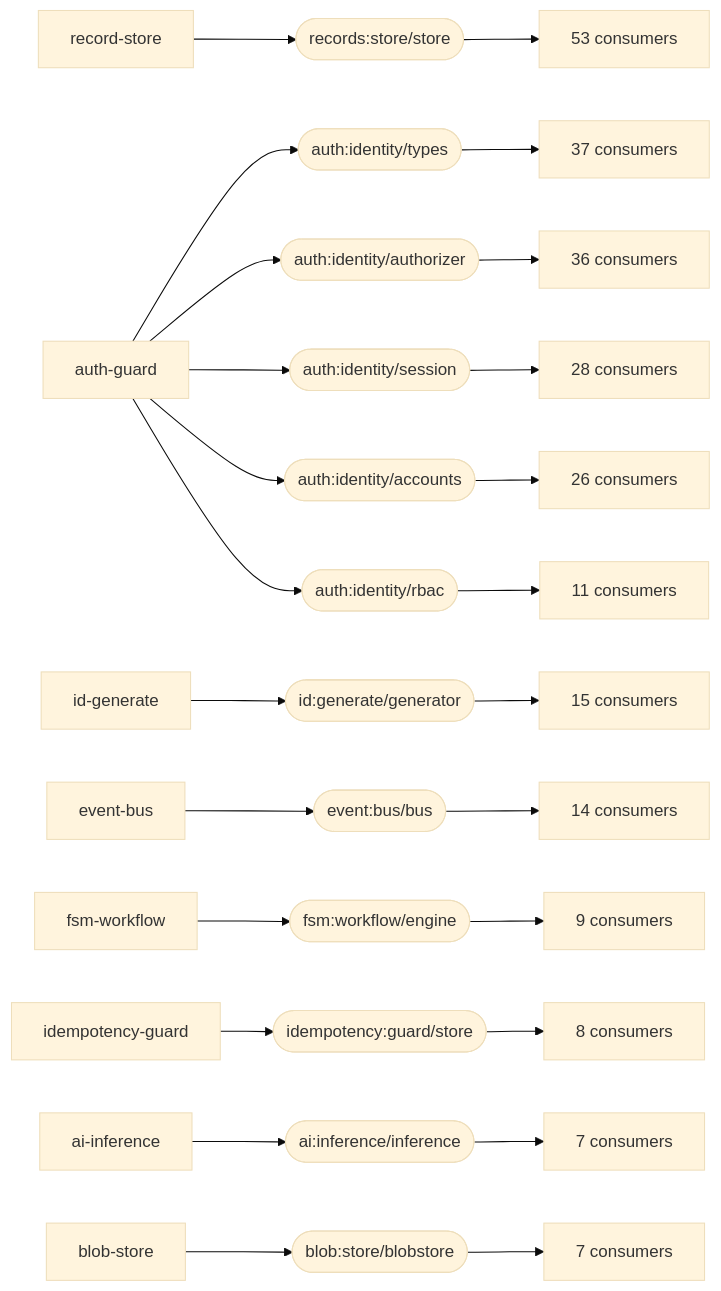
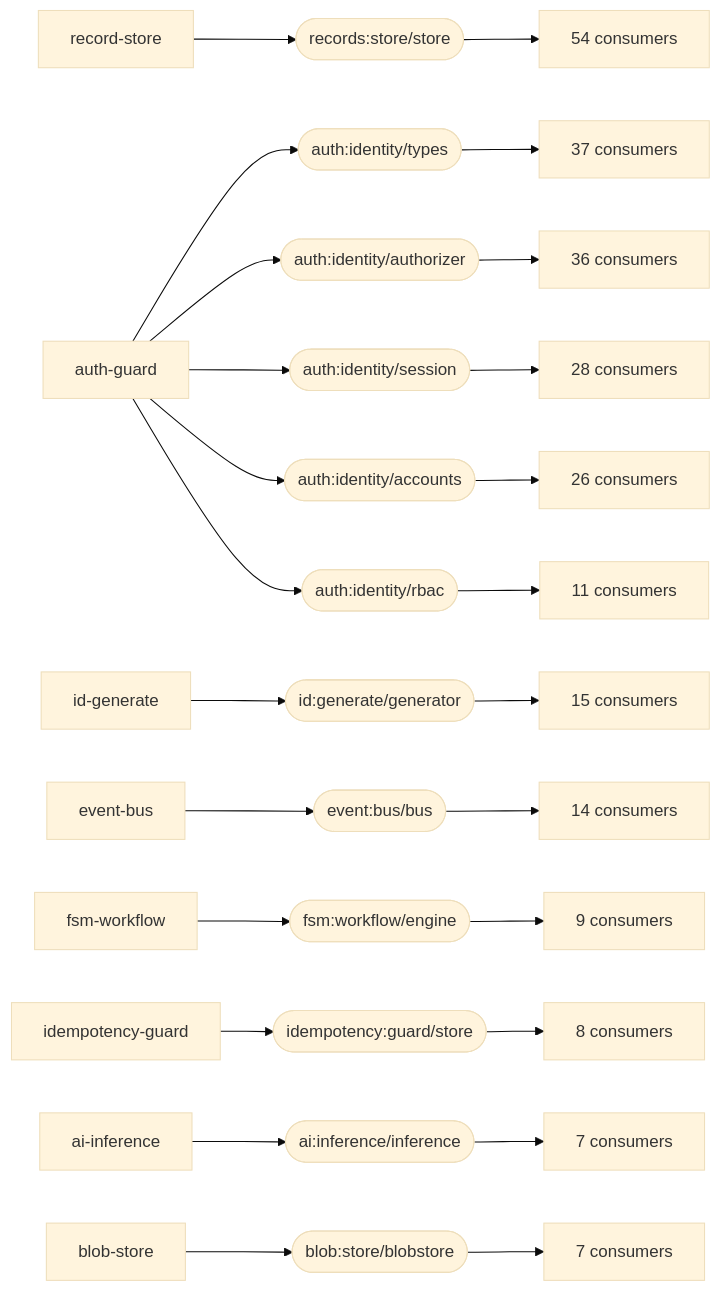
The first of 2 diagrams in docs/CAPABILITY-GRAPH.md (markkovari/holon), drawn with Mermaid (base theme) before and after one commit. The commit also changed other lines of this file and 32 other files, not shown here.

````diff
--- a/docs/CAPABILITY-GRAPH.md
+++ b/docs/CAPABILITY-GRAPH.md
@@ -126,39 +126,39 @@
 ```mermaid
 graph LR
   records_store_store(["records:store/store"])
   record_store[record-store] --> records_store_store
-  records_store_store --> many_records_store_store["53 consumers"]
+  records_store_store --> many_records_store_store["54 consumers"]
   auth_identity_types(["auth:identity/types"])
   auth_guard[auth-guard] --> auth_identity_types
   auth_identity_types --> many_auth_identity_types["37 consumers"]
   auth_identity_authorizer(["auth:identity/authorizer"])
   auth_guard[auth-guard] --> auth_identity_authorizer
   auth_identity_authorizer --> many_auth_identity_authorizer["36 consumers"]
   auth_identity_session(["auth:identity/session"])
   auth_guard[auth-guard] --> auth_identity_session
   auth_identity_session --> many_auth_identity_session["28 consumers"]
   auth_identity_accounts(["auth:identity/accounts"])
   auth_guard[auth-guard] --> auth_identity_accounts
   auth_identity_accounts --> many_auth_identity_accounts["26 consumers"]
   id_generate_generator(["id:generate/generator"])
   id_generate[id-generate] --> id_generate_generator
   id_generate_generator --> many_id_generate_generator["15 consumers"]
   event_bus_bus(["event:bus/bus"])
   event_bus[event-bus] --> event_bus_bus
   event_bus_bus --> many_event_bus_bus["14 consumers"]
   auth_identity_rbac(["auth:identity/rbac"])
   auth_guard[auth-guard] --> auth_identity_rbac
   auth_identity_rbac --> many_auth_identity_rbac["11 consumers"]
   fsm_workflow_engine(["fsm:workflow/engine"])
   fsm_workflow[fsm-workflow] --> fsm_workflow_engine
   fsm_workflow_engine --> many_fsm_workflow_engine["9 consumers"]
   idempotency_guard_store(["idempotency:guard/store"])
   idempotency_guard[idempotency-guard] --> idempotency_guard_store
   idempotency_guard_store --> many_idempotency_guard_store["8 consumers"]
   ai_inference_inference(["ai:inference/inference"])
   ai_inference[ai-inference] --> ai_inference_inference
   ai_inference_inference --> many_ai_inference_inference["7 consumers"]
   blob_store_blobstore(["blob:store/blobstore"])
   blob_store[blob-store] --> blob_store_blobstore
   blob_store_blobstore --> many_blob_store_blobstore["7 consumers"]
 ```
````
